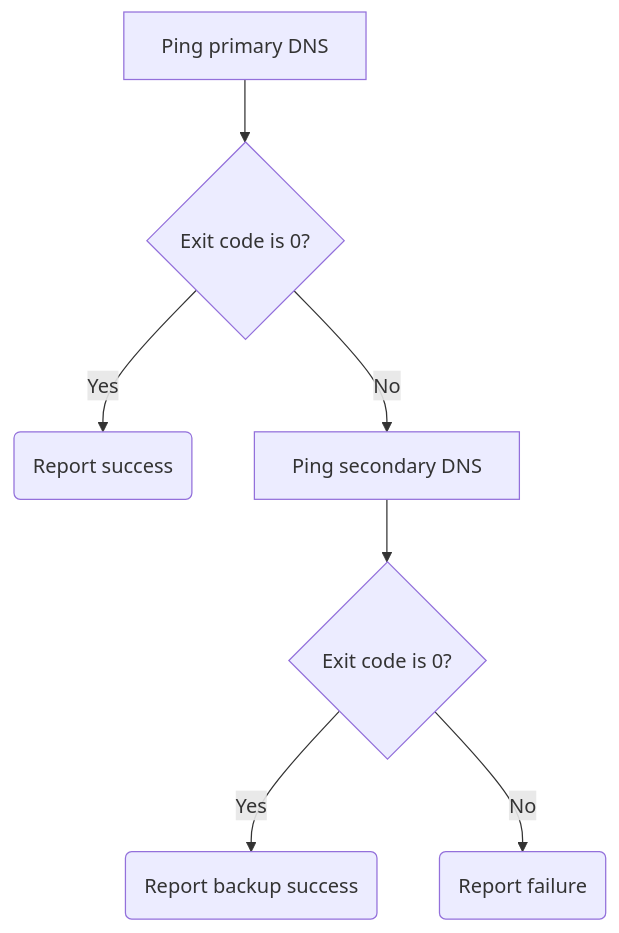
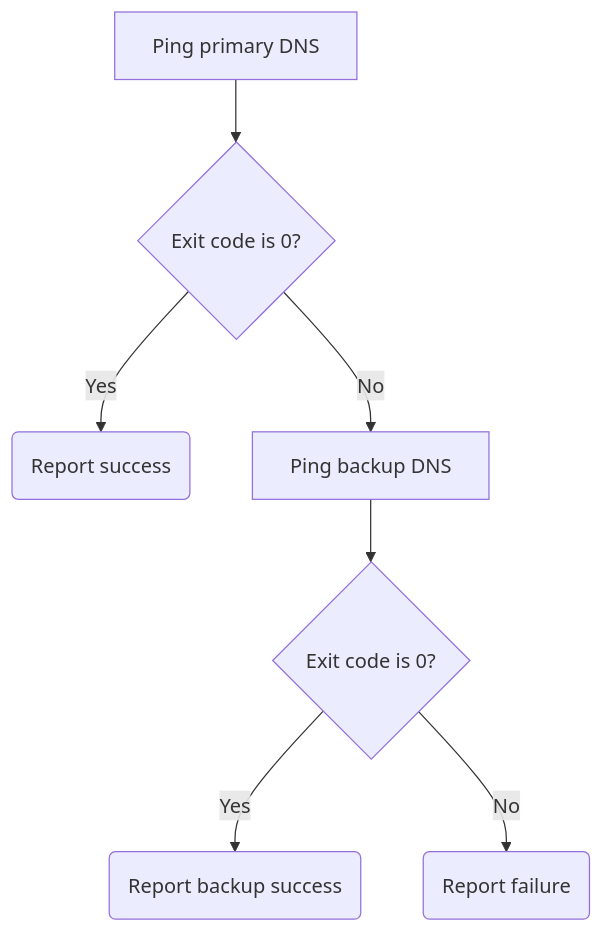
The third of 4 diagrams in course/chapters/rh134-ch01-shell-scripting-and-the-command-line/conditionals.md (seantwie03/SCC-IT-230), drawn with Mermaid before and after one commit. The commit also changed other lines of this file and 115 other files, not shown here.

````diff
--- a/course/chapters/rh134-ch01-shell-scripting-and-the-command-line/conditionals.md
+++ b/course/chapters/rh134-ch01-shell-scripting-and-the-command-line/conditionals.md
@@ -169,9 +164,9 @@
 ```mermaid {scale: 0.42}
 flowchart TD
     a1[Ping primary DNS] --> q1{Exit code is 0?}
     q1 -- Yes --> m1(Report success)
-    q1 -- No --> a2[Ping secondary DNS]
+    q1 -- No --> a2[Ping backup DNS]
     a2 --> q2{Exit code is 0?}
     q2 -- Yes --> m2(Report backup success)
     q2 -- No --> m3(Report failure)
 ```
````
